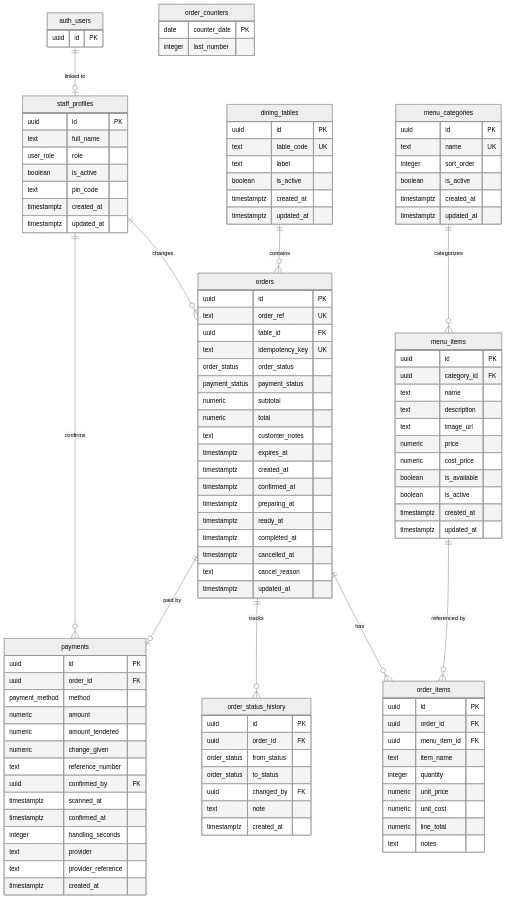
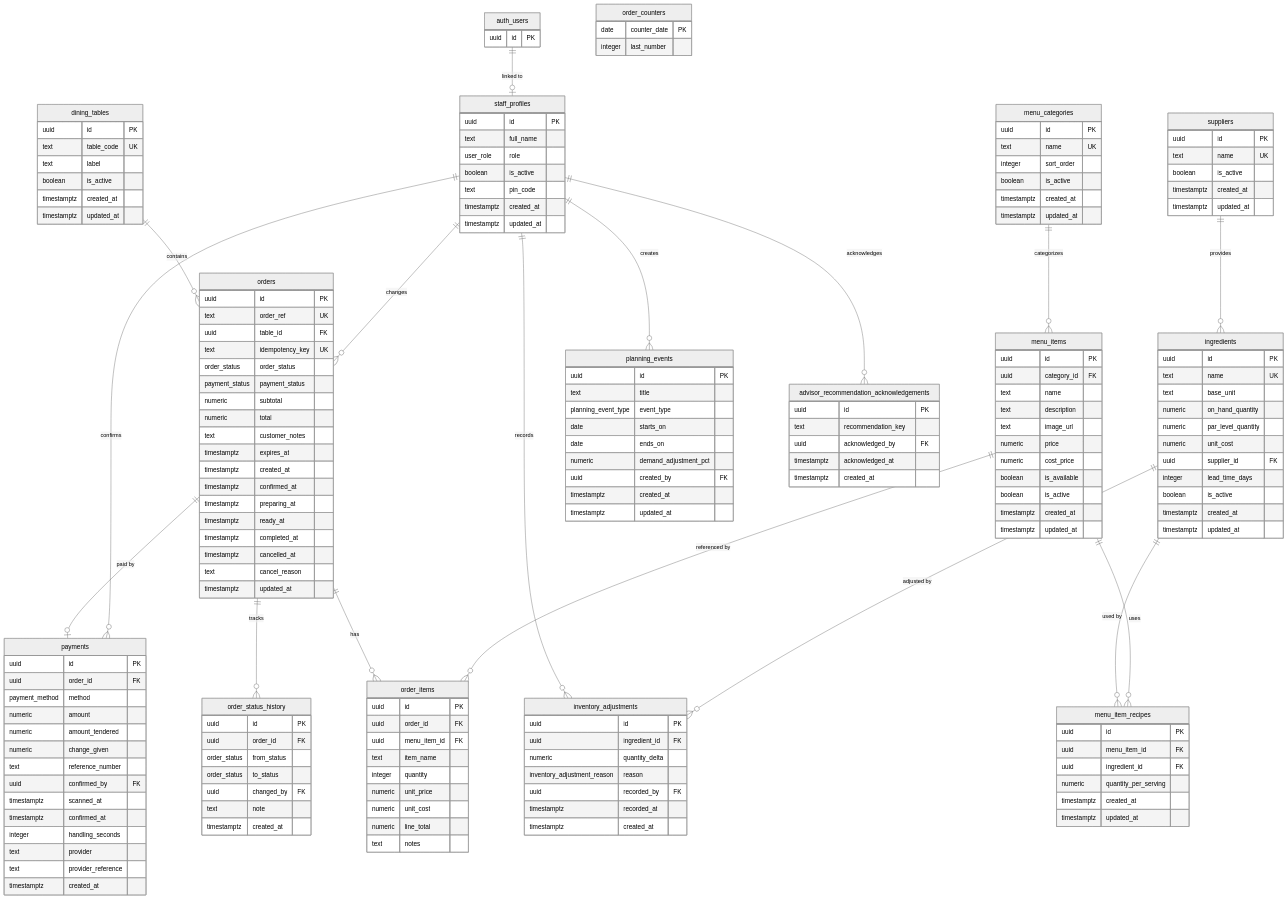
The diagram in docs/DATABASE.md (BensonRicohermoso/mesa-ai), drawn with Mermaid (neutral theme) before and after one commit. The commit also changed other lines of this file, not shown here.

Commit message:
feat: add foundational inventory management tables and relationships; include suppliers, ingredients, recipes, inventory adjustments, planning events, and advisor acknowledgements

```diff
--- a/docs/DATABASE.md
+++ b/docs/DATABASE.md
@@ -34,9 +36,16 @@
   dining_tables ||--o{ orders : "contains"
   menu_categories ||--o{ menu_items : "categorizes"
   menu_items ||--o{ order_items : "referenced by"
+  menu_items ||--o{ menu_item_recipes : "uses"
+  suppliers ||--o{ ingredients : "provides"
+  ingredients ||--o{ menu_item_recipes : "used by"
+  ingredients ||--o{ inventory_adjustments : "adjusted by"
   orders ||--o{ order_items : "has"
   orders ||--o{ order_status_history : "tracks"
   orders ||--o| payments : "paid by"
+  staff_profiles ||--o{ inventory_adjustments : "records"
+  staff_profiles ||--o{ planning_events : "creates"
+  staff_profiles ||--o{ advisor_recommendation_acknowledgements : "acknowledges"
 
   auth_users {
     uuid id PK
@@ -78,6 +87,61 @@
     boolean is_active
     timestamptz created_at
     timestamptz updated_at
+  }
+  suppliers {
+    uuid id PK
+    text name UK
+    boolean is_active
+    timestamptz created_at
+    timestamptz updated_at
+  }
+  ingredients {
+    uuid id PK
+    text name UK
+    text base_unit
+    numeric on_hand_quantity
+    numeric par_level_quantity
+    numeric unit_cost
+    uuid supplier_id FK
+    integer lead_time_days
+    boolean is_active
+    timestamptz created_at
+    timestamptz updated_at
+  }
+  menu_item_recipes {
+    uuid id PK
+    uuid menu_item_id FK
+    uuid ingredient_id FK
+    numeric quantity_per_serving
+    timestamptz created_at
+    timestamptz updated_at
+  }
+  inventory_adjustments {
+    uuid id PK
+    uuid ingredient_id FK
+    numeric quantity_delta
+    inventory_adjustment_reason reason
+    uuid recorded_by FK
+    timestamptz recorded_at
+    timestamptz created_at
+  }
+  planning_events {
+    uuid id PK
+    text title
+    planning_event_type event_type
+    date starts_on
+    date ends_on
+    numeric demand_adjustment_pct
+    uuid created_by FK
+    timestamptz created_at
+    timestamptz updated_at
+  }
+  advisor_recommendation_acknowledgements {
+    uuid id PK
+    text recommendation_key
+    uuid acknowledged_by FK
+    timestamptz acknowledged_at
+    timestamptz created_at
   }
   order_counters {
     date counter_date PK
```
